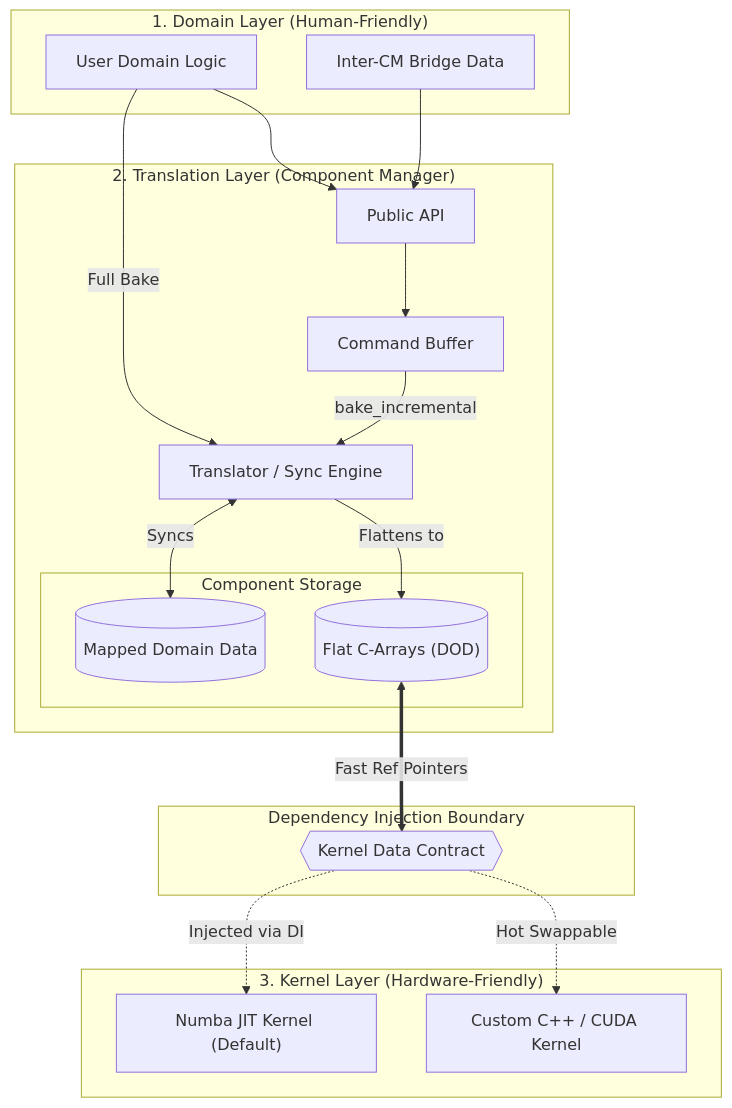
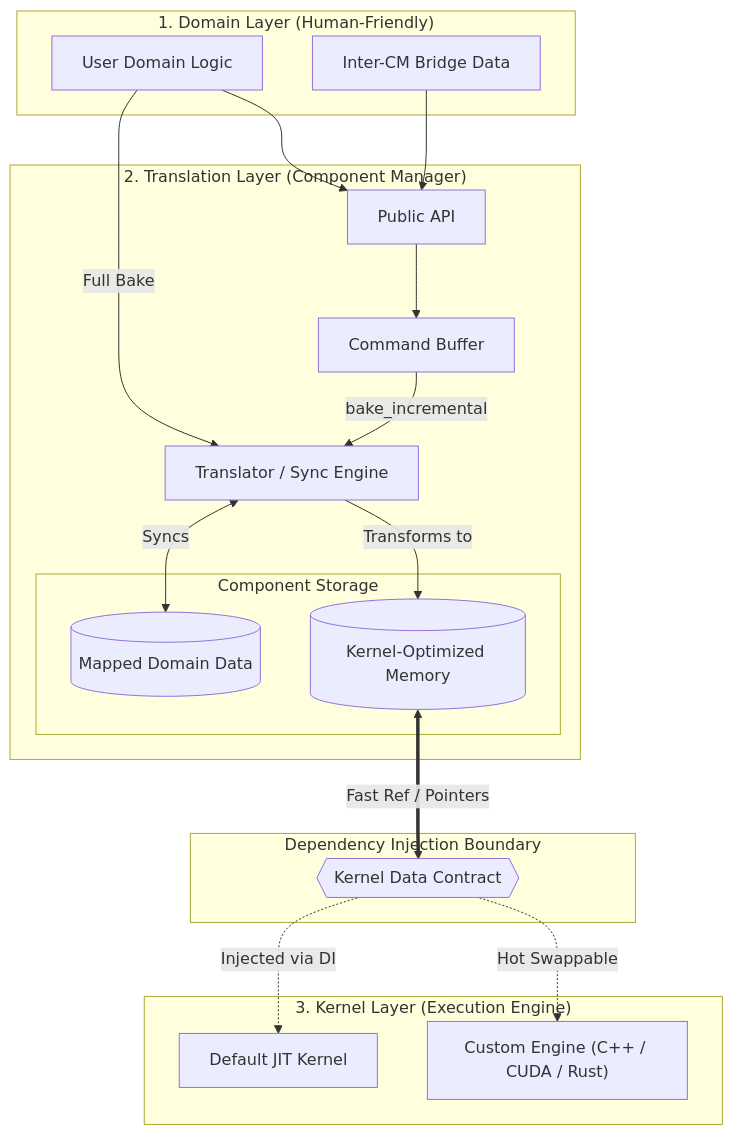
One commit to ckCrimson/discrete-state-engine changed the diagram in README.md. Above: the diagram before and after it, drawn with Mermaid. The commit also changed other lines of this file, not shown here.

Commit message:
Update Kernel Layer description and components in README

````diff
--- a/README.md
+++ b/README.md
@@ -74,42 +74,42 @@
 ```mermaid
 flowchart TD
     subgraph Domain ["1. Domain Layer (Human-Friendly)"]
         Logic["User Domain Logic"]
         Bridge["Inter-CM Bridge Data"]
     end
 
     subgraph CM ["2. Translation Layer (Component Manager)"]
         API["Public API"]
         Buffer["Command Buffer"]
         Translator["Translator / Sync Engine"]
 
         subgraph CS ["Component Storage"]
             Mapped[("Mapped Domain Data")]
-            Arrays[("Flat C-Arrays (DOD)")]
+            Optimized[("Kernel-Optimized Memory")]
         end
     end
 
     subgraph Interface ["Dependency Injection Boundary"]
         Contract{{"Kernel Data Contract"}}
     end
 
-    subgraph Kernel ["3. Kernel Layer (Hardware-Friendly)"]
-        Numba["Numba JIT Kernel (Default)"]
-        Custom["Custom C++ / CUDA Kernel"]
+    subgraph Kernel ["3. Kernel Layer (Execution Engine)"]
+        Default["Default JIT Kernel"]
+        Custom["Custom Engine (C++ / CUDA / Rust)"]
     end
 
     %% Flow
     Logic -->|Full Bake| Translator
     Bridge --> API
     Logic --> API
     API --> Buffer
     Buffer -->|bake_incremental| Translator
 
     Translator <-->|Syncs| Mapped
-    Translator -->|Flattens to| Arrays
+    Translator -->|Transforms to| Optimized
 
-    Arrays <==>|Fast Ref Pointers| Contract
+    Optimized <==>|Fast Ref / Pointers| Contract
 
-    Contract -.->|Injected via DI| Numba
+    Contract -.->|Injected via DI| Default
     Contract -.->|Hot Swappable| Custom
 ```
````
